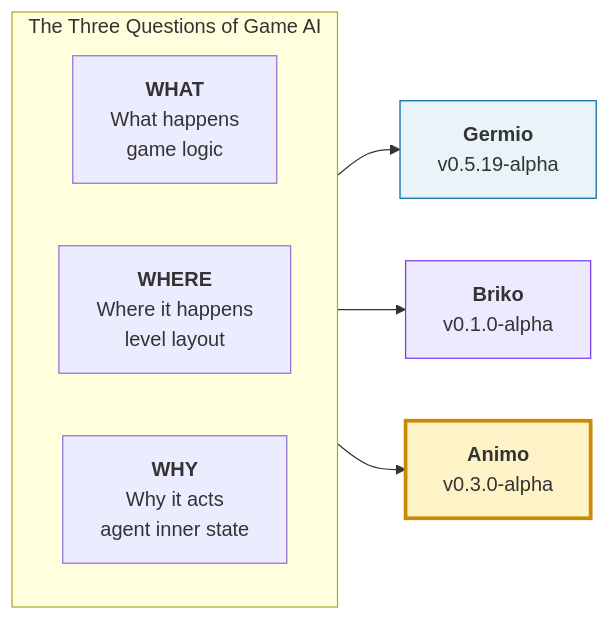
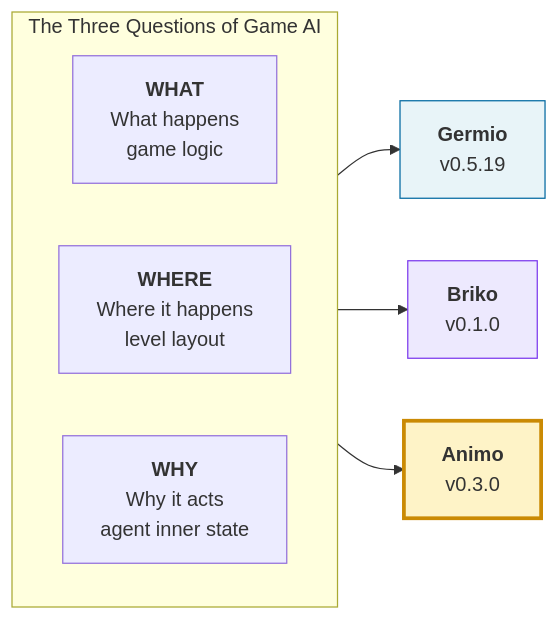
One commit to hiroxpepe/animo changed the first of 12 diagrams in README.md. Above: the diagram before and after it, drawn with Mermaid. The commit also changed other lines of this file and 8 other files, not shown here.

````diff
--- a/README.md
+++ b/README.md
@@ -28,18 +28,18 @@
 ```mermaid
 flowchart LR
   subgraph Q["The Three Questions of Game AI"]
     direction LR
     QW["<b>WHAT</b><br/>What happens<br/>game logic"]
     QH["<b>WHERE</b><br/>Where it happens<br/>level layout"]
     QY["<b>WHY</b><br/>Why it acts<br/>agent inner state"]
   end
-  G["<b>Germio</b><br/>v0.5.19-alpha"]
-  B["<b>Briko</b><br/>v0.1.0-alpha"]
-  A["<b>Animo</b><br/>v0.3.0-alpha"]
+  G["<b>Germio</b><br/>v0.5.19"]
+  B["<b>Briko</b><br/>v0.1.0"]
+  A["<b>Animo</b><br/>v0.3.0"]
   QW --> G
   QH --> B
   QY --> A
   style A fill:#fef3c7,stroke:#ca8a04,stroke-width:3px
   style G fill:#e8f4f8,stroke:#0369a1
   style B fill:#ede9fe,stroke:#7c3aed
 ```
````
